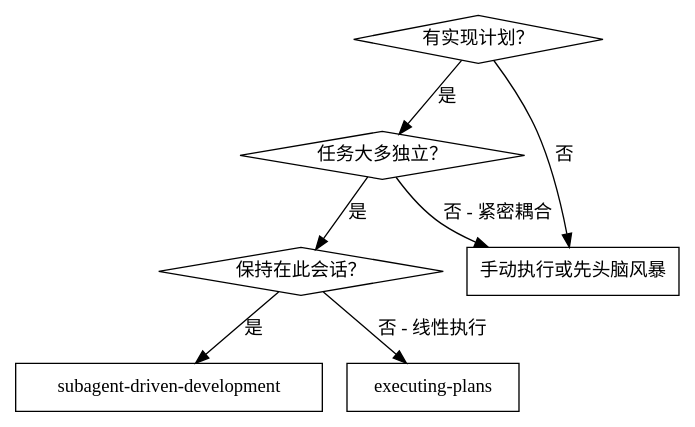
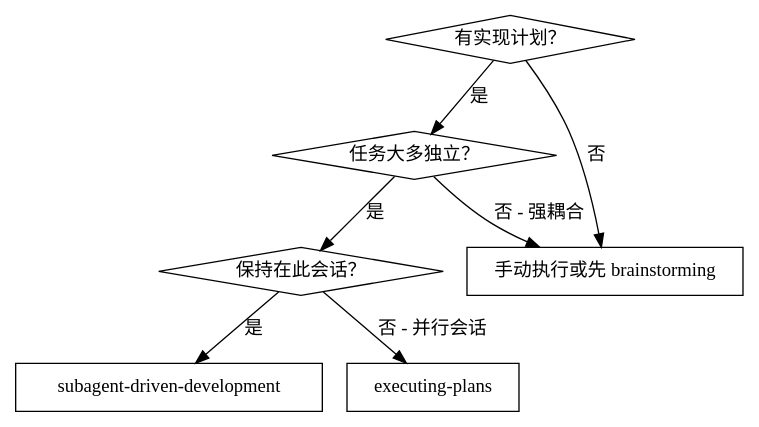
The first of 2 diagrams in apps/spec-kit-app/public/commands-packages/superpowers/skills/superpowers-subagent-driven-development/SKILL.md (klaaay/spec-toolkit), drawn with Graphviz before and after one commit. The commit also changed other lines of this file and 33 other files, not shown here.

````diff
--- a/apps/spec-kit-app/public/commands-packages/superpowers/skills/superpowers-subagent-driven-development/SKILL.md
+++ b/apps/spec-kit-app/public/commands-packages/superpowers/skills/superpowers-subagent-driven-development/SKILL.md
@@ -18,17 +22,17 @@
 ```dot
 digraph when_to_use {
     "有实现计划？" [shape=diamond];
     "任务大多独立？" [shape=diamond];
     "保持在此会话？" [shape=diamond];
     "subagent-driven-development" [shape=box];
     "executing-plans" [shape=box];
-    "手动执行或先头脑风暴" [shape=box];
+    "手动执行或先 brainstorming" [shape=box];
 
     "有实现计划？" -> "任务大多独立？" [label="是"];
-    "有实现计划？" -> "手动执行或先头脑风暴" [label="否"];
+    "有实现计划？" -> "手动执行或先 brainstorming" [label="否"];
     "任务大多独立？" -> "保持在此会话？" [label="是"];
-    "任务大多独立？" -> "手动执行或先头脑风暴" [label="否 - 紧密耦合"];
+    "任务大多独立？" -> "手动执行或先 brainstorming" [label="否 - 强耦合"];
     "保持在此会话？" -> "subagent-driven-development" [label="是"];
-    "保持在此会话？" -> "executing-plans" [label="否 - 线性执行"];
+    "保持在此会话？" -> "executing-plans" [label="否 - 并行会话"];
 }
 ```
````
